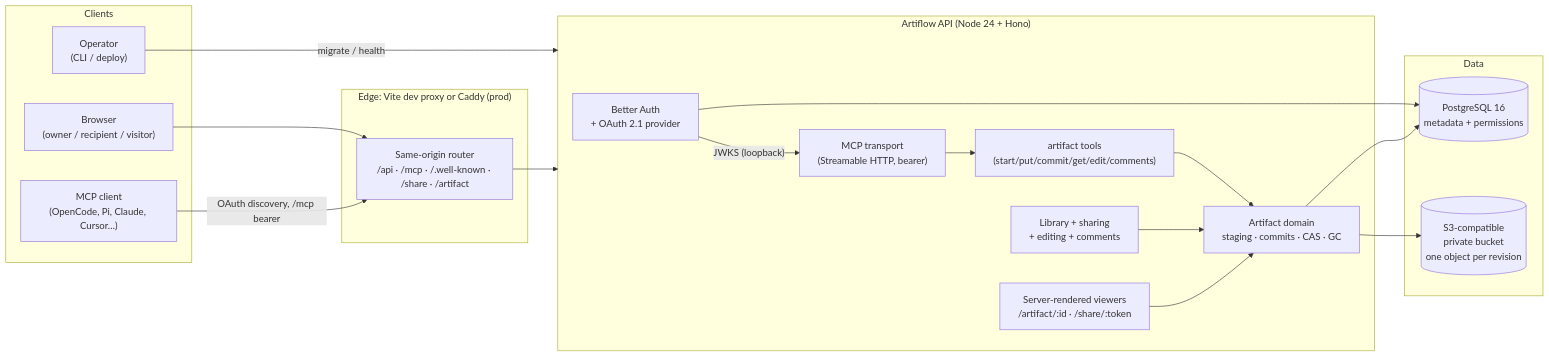
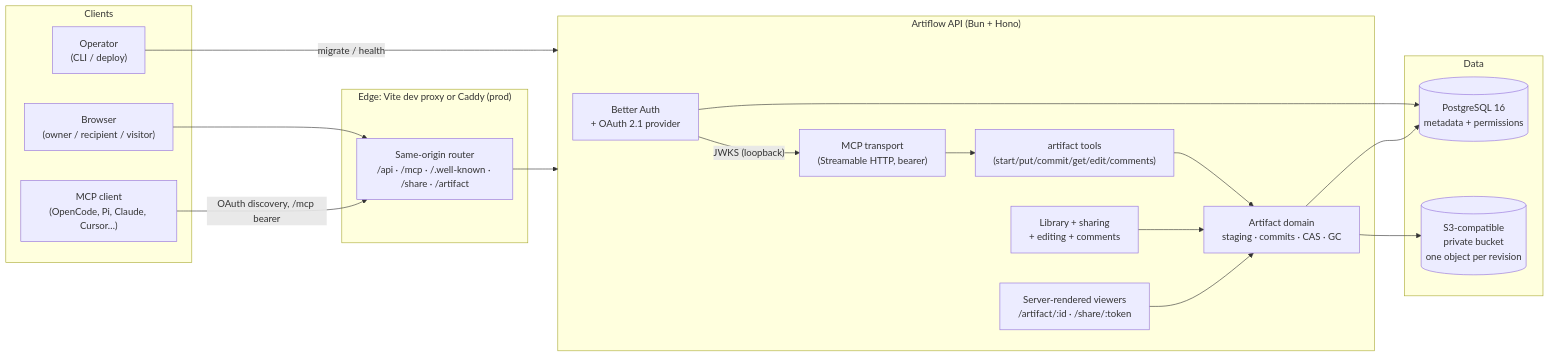
The first of 2 diagrams in docs/architecture/README.md (guidobuilds/artiflow), drawn with Mermaid before and after one commit. The commit also changed other lines of this file and 20 other files, not shown here.

````diff
--- a/docs/architecture/README.md
+++ b/docs/architecture/README.md
@@ -120,38 +115,38 @@
 ```mermaid
 flowchart LR
   subgraph Clients
     Browser["Browser\n(owner / recipient / visitor)"]
     Agent["MCP client\n(OpenCode, Pi, Claude, Cursor…)"]
     Operator["Operator\n(CLI / deploy)"]
   end
 
   subgraph Edge["Edge: Vite dev proxy or Caddy (prod)"]
     Proxy["Same-origin router\n/api · /mcp · /.well-known · /share · /artifact"]
   end
 
-  subgraph App["Artiflow API (Node 24 + Hono)"]
+  subgraph App["Artiflow API (Bun + Hono)"]
     Auth["Better Auth\n+ OAuth 2.1 provider"]
     Mcp["MCP transport\n(Streamable HTTP, bearer)"]
     Tools["artifact tools\n(start/put/commit/get/edit/comments)"]
     Read["Library + sharing\n+ editing + comments"]
     Viewer["Server-rendered viewers\n/artifact/:id · /share/:token"]
     Domain["Artifact domain\nstaging · commits · CAS · GC"]
   end
 
   subgraph Data
     PG[("PostgreSQL 16\nmetadata + permissions")]
     S3[("S3-compatible\nprivate bucket\none object per revision")]
   end
 
   Browser --> Proxy
   Agent -->|"OAuth discovery, /mcp bearer"| Proxy
   Operator -->|"migrate / health"| App
   Proxy --> App
   Auth --> PG
   Mcp --> Tools --> Domain
   Read --> Domain
   Viewer --> Domain
   Domain --> PG
   Domain --> S3
   Auth -->|"JWKS (loopback)"| Mcp
 ```
````
